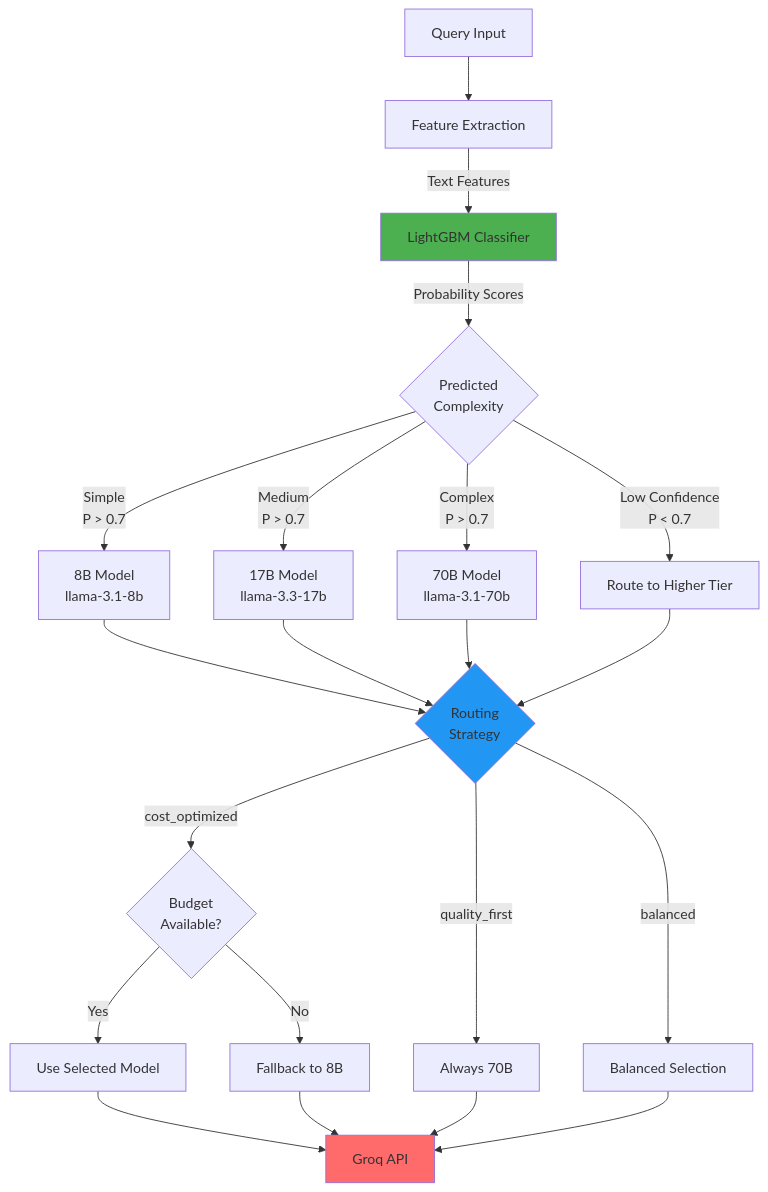
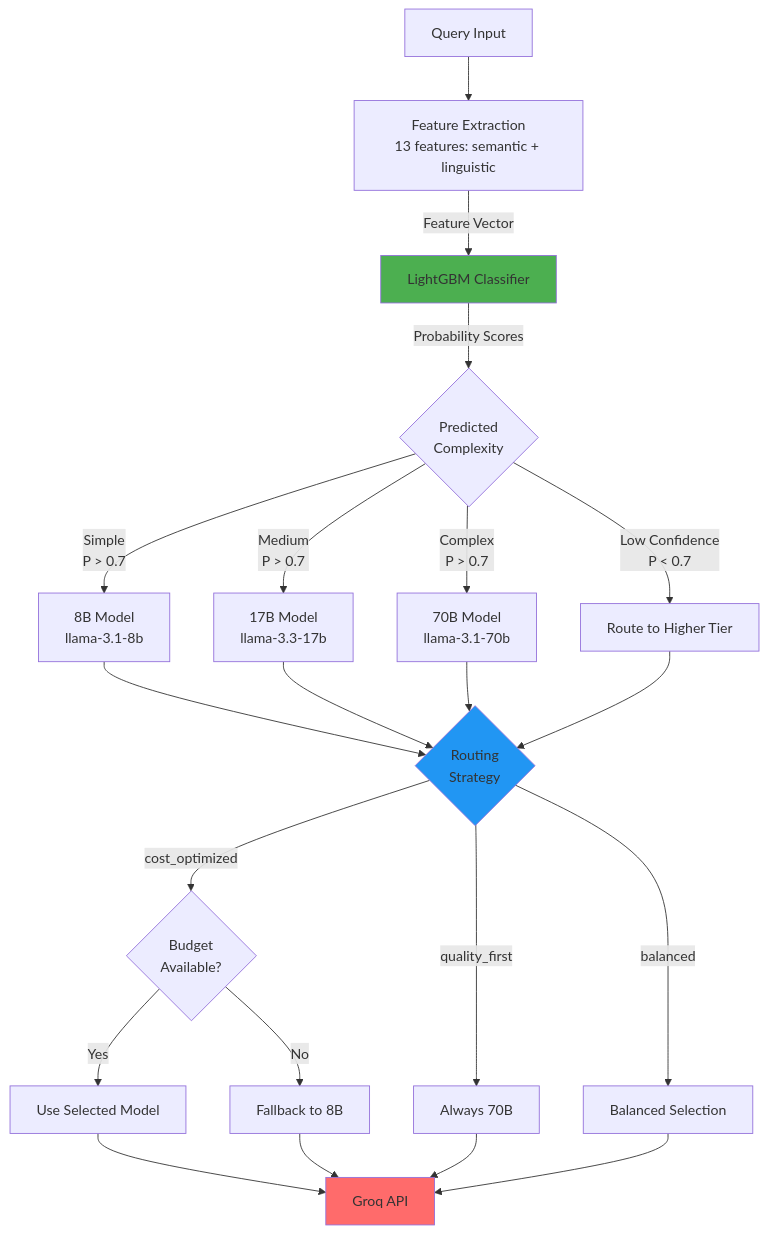
The third of 3 diagrams in README.md (JavithNaseem-J/SmartRoute-AI), drawn with Mermaid before and after one commit. The commit also changed other lines of this file and 9 other files, not shown here.

````diff
--- a/README.md
+++ b/README.md
@@ -165,33 +159,33 @@
 ```mermaid
 graph TD
-    Query[Query Input] --> Extract[Feature Extraction]
-    Extract --> |Text Features| Classifier[LightGBM Classifier]
+    Query[Query Input] --> Extract[Feature Extraction<br/>13 features: semantic + linguistic]
+    Extract --> |Feature Vector| Classifier[LightGBM Classifier]
     
     Classifier --> |Probability Scores| Complexity{Predicted<br/>Complexity}
     
     Complexity -->|Simple<br/>P > 0.7| Simple[8B Model<br/>llama-3.1-8b]
     Complexity -->|Medium<br/>P > 0.7| Medium[17B Model<br/>llama-3.3-17b]
     Complexity -->|Complex<br/>P > 0.7| Complex[70B Model<br/>llama-3.1-70b]
     Complexity -->|Low Confidence<br/>P < 0.7| Escalate[Route to Higher Tier]
     
     Simple --> Strategy{Routing<br/>Strategy}
     Medium --> Strategy
     Complex --> Strategy
     Escalate --> Strategy
     
     Strategy -->|cost_optimized| CostCheck{Budget<br/>Available?}
     Strategy -->|quality_first| UseComplex[Always 70B]
     Strategy -->|balanced| UseBalanced[Balanced Selection]
     
     CostCheck -->|Yes| UseSelected[Use Selected Model]
     CostCheck -->|No| Fallback[Fallback to 8B]
     
     UseSelected --> Groq[Groq API]
     UseComplex --> Groq
     UseBalanced --> Groq
     Fallback --> Groq
     
     style Classifier fill:#4CAF50
     style Strategy fill:#2196F3
     style Groq fill:#FF6B6B
 ```
````
